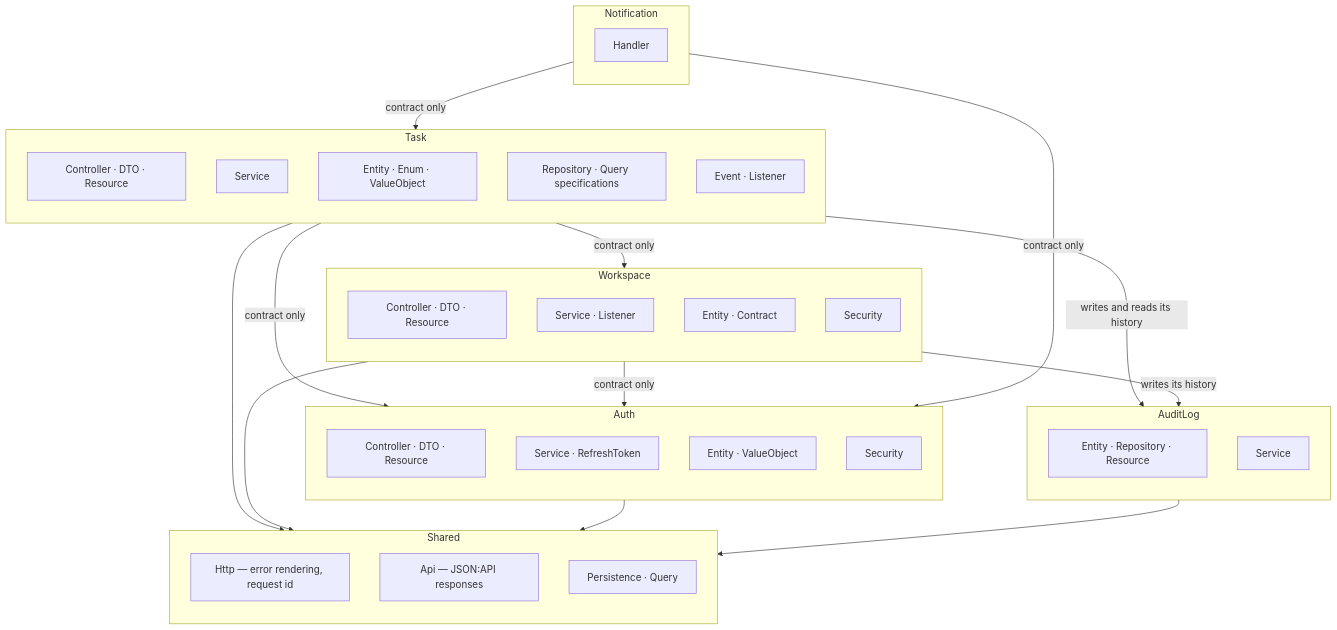
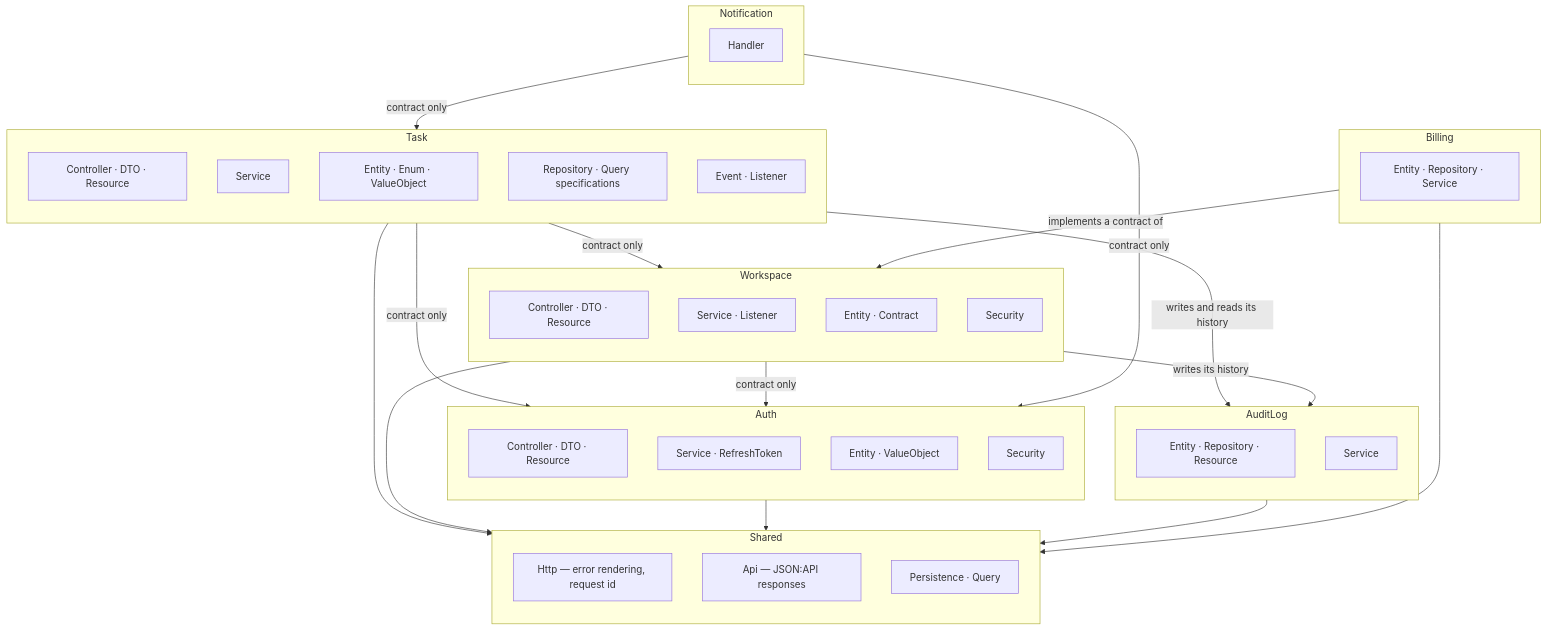
One commit to NikitaSomik/symfony-todo-app changed the second of 5 diagrams in docs/architecture.md. Above: the diagram before and after it, drawn with Mermaid. The commit also changed other lines of this file and 30 other files, not shown here.

Commit message:
feat(billing): limit a workspace by its plan, switched off for now (#110)

````diff
--- a/docs/architecture.md
+++ b/docs/architecture.md
@@ -29,57 +29,64 @@
 ```mermaid
 flowchart TB
     subgraph Task
         direction TB
         t1[Controller · DTO · Resource]
         t2[Service]
         t3[Entity · Enum · ValueObject]
         t4[Repository · Query specifications]
         t5[Event · Listener]
     end
 
     subgraph Auth
         direction TB
         a1[Controller · DTO · Resource]
         a2[Service · RefreshToken]
         a3[Entity · ValueObject]
         a4[Security]
     end
 
     subgraph Workspace
         direction TB
         w1[Controller · DTO · Resource]
         w2[Service · Listener]
         w3[Entity · Contract]
         w4[Security]
     end
 
     subgraph AuditLog
         direction TB
         l1[Entity · Repository · Resource]
         l2[Service]
     end
 
     subgraph Notification
         direction TB
         n1[Handler]
     end
 
+    subgraph Billing
+        direction TB
+        b1[Entity · Repository · Service]
+    end
+
     subgraph Shared
         direction TB
         s1[Http — error rendering, request id]
         s2[Api — JSON:API responses]
         s4[Persistence · Query]
     end
 
     Task -->|contract only| Auth
     Task -->|contract only| Workspace
     Task -->|writes and reads its history| AuditLog
     Workspace -->|contract only| Auth
     Workspace -->|writes its history| AuditLog
     Notification -->|contract only| Task
     Notification -->|contract only| Auth
+    Billing -->|implements a contract of| Workspace
     Task --> Shared
     Workspace --> Shared
     Auth --> Shared
     AuditLog --> Shared
+    Billing --> Shared
 ```
````
